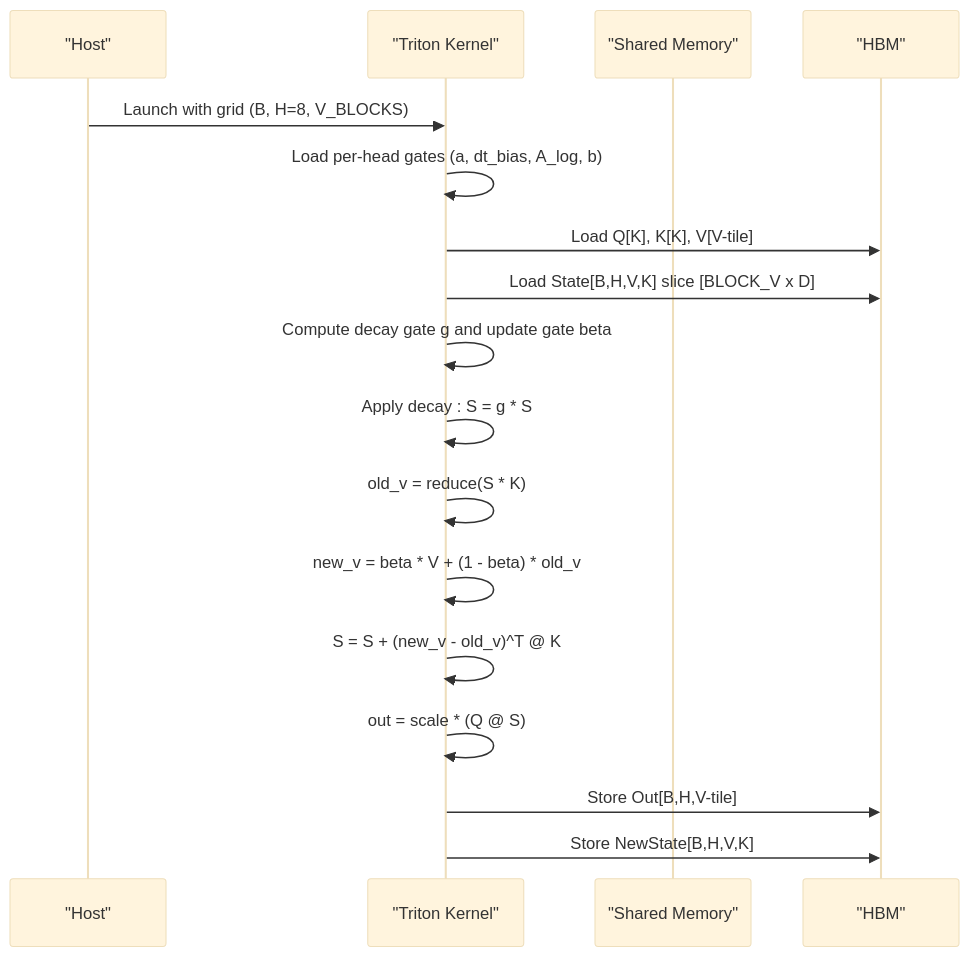
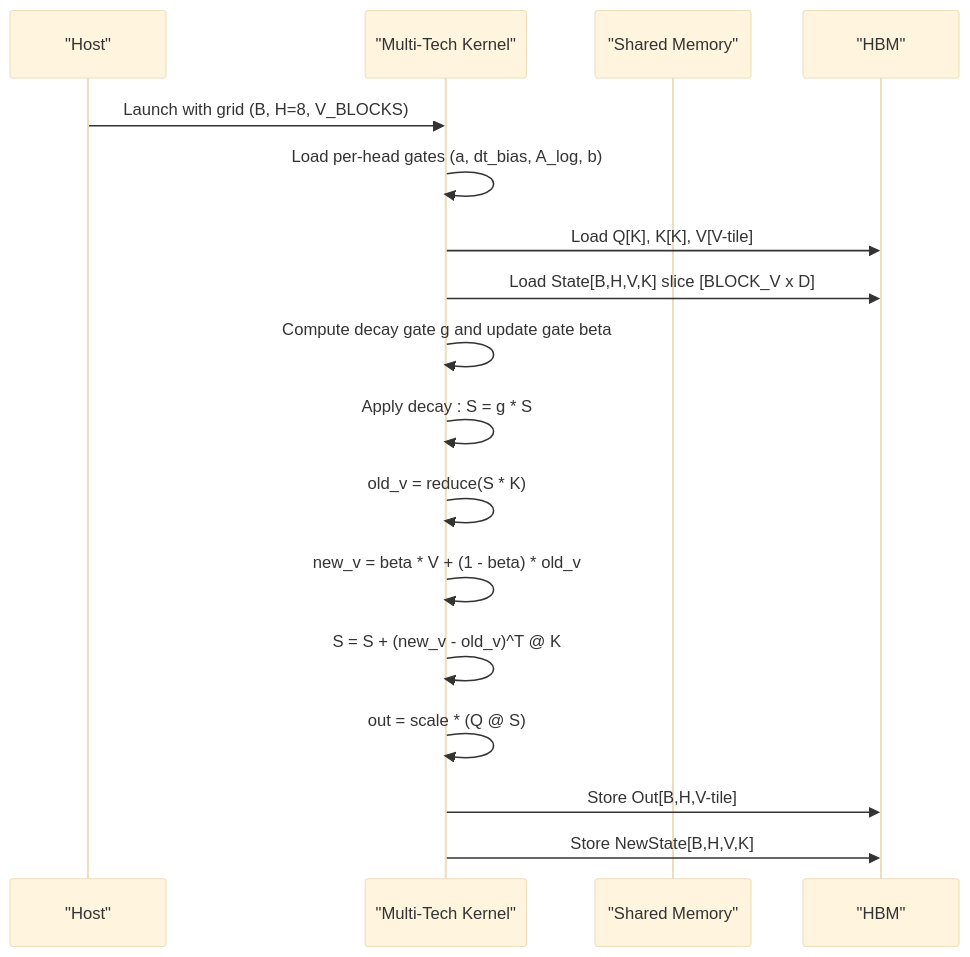
Before and after one commit to gugudeshubao/flashinfer-bench-tma-thrust: the second of 4 diagrams in .qoder/repowiki/en/content/Core Kernels/GDN Decode Kernel.md, drawn with Mermaid (base theme). The commit also changed other lines of this file and 19 other files, not shown here.

````diff
--- a/.qoder/repowiki/en/content/Core Kernels/GDN Decode Kernel.md
+++ b/.qoder/repowiki/en/content/Core Kernels/GDN Decode Kernel.md
@@ -73,19 +120,19 @@
 ```mermaid
 sequenceDiagram
 participant Host as "Host"
-participant Kernel as "Triton Kernel"
+participant Kernel as "Multi-Tech Kernel"
 participant SMem as "Shared Memory"
 participant HBM as "HBM"
 Host->>Kernel : Launch with grid (B, H=8, V_BLOCKS)
 Kernel->>Kernel : Load per-head gates (a, dt_bias, A_log, b)
 Kernel->>HBM : Load Q[K], K[K], V[V-tile]
 Kernel->>HBM : Load State[B,H,V,K] slice [BLOCK_V x D]
 Kernel->>Kernel : Compute decay gate g and update gate beta
 Kernel->>Kernel : Apply decay : S = g * S
 Kernel->>Kernel : old_v = reduce(S * K)
 Kernel->>Kernel : new_v = beta * V + (1 - beta) * old_v
 Kernel->>Kernel : S = S + (new_v - old_v)^T @ K
 Kernel->>Kernel : out = scale * (Q @ S)
 Kernel->>HBM : Store Out[B,H,V-tile]
 Kernel->>HBM : Store NewState[B,H,V,K]
 ```
````
